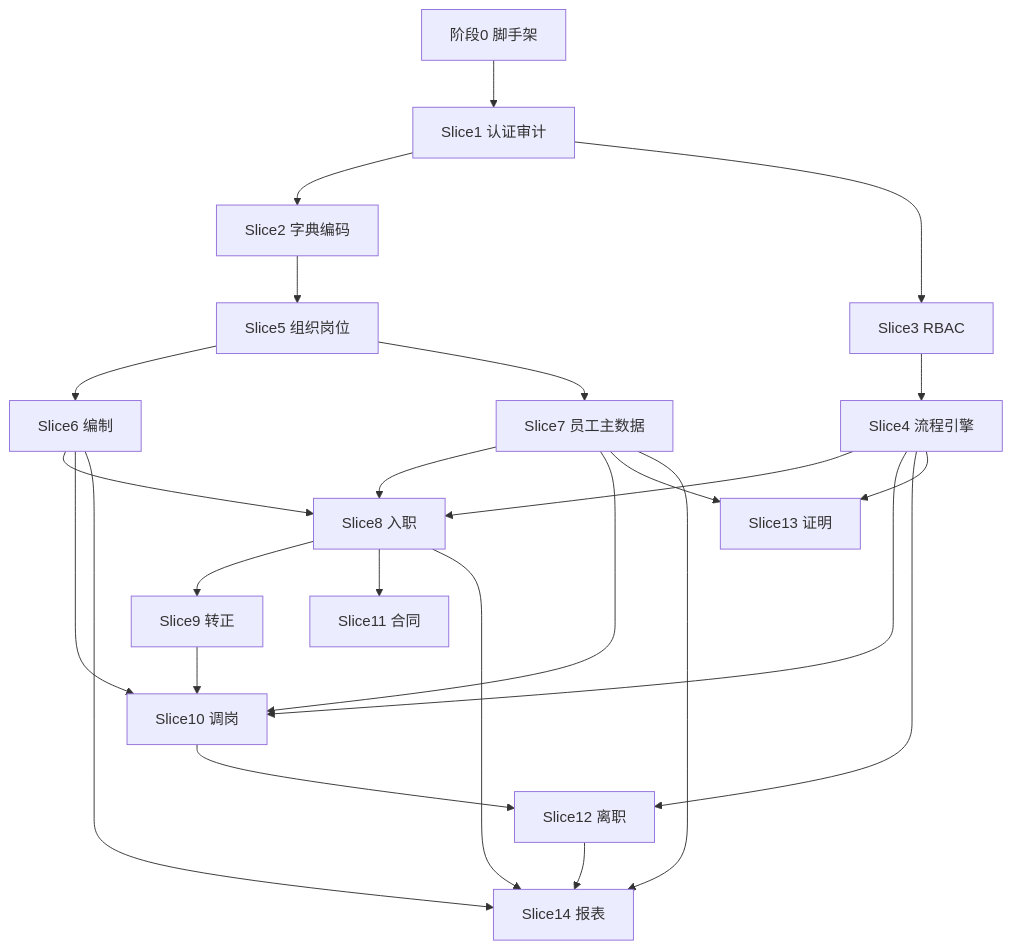
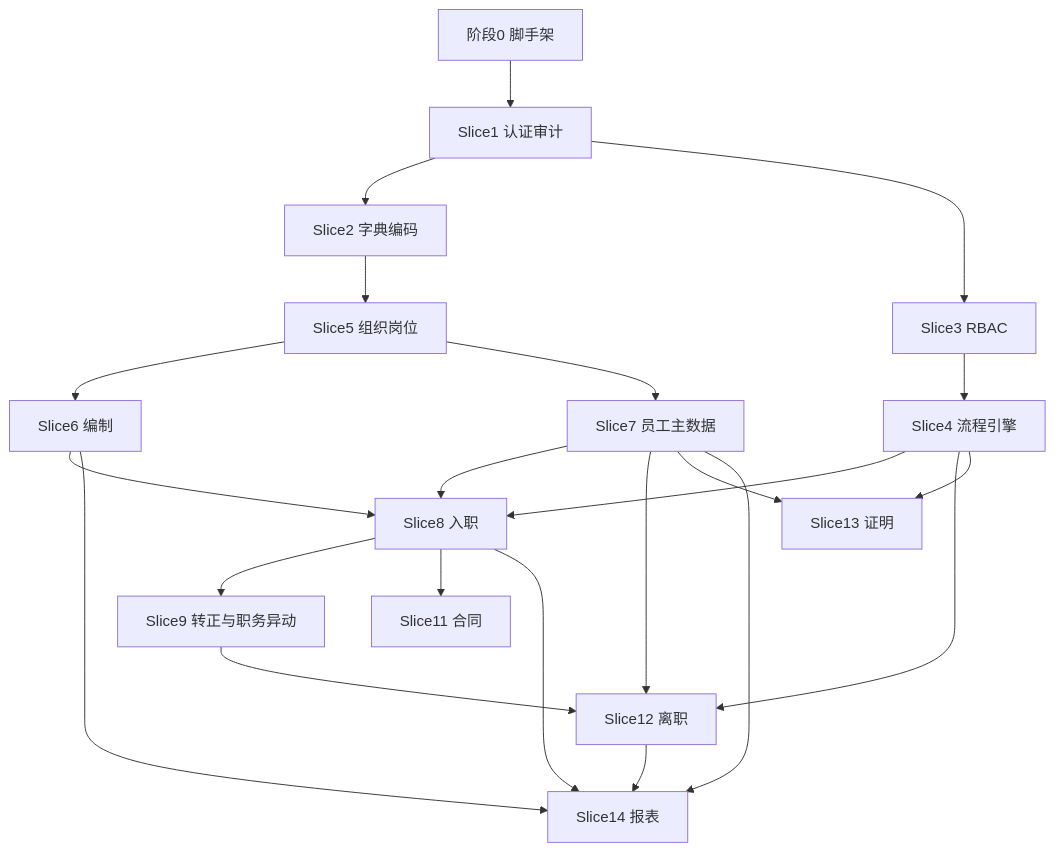
One commit to elevenlulei2026/HR-Platform changed the diagram in docs/MVP-AI开发路线图.md. Above: the diagram before and after it, drawn with Mermaid. The commit also changed other lines of this file and 61 other files, not shown here.

````diff
--- a/docs/MVP-AI开发路线图.md
+++ b/docs/MVP-AI开发路线图.md
@@ -233,34 +227,30 @@
 ```mermaid
 flowchart TD
   S0[阶段0 脚手架] --> S1[Slice1 认证审计]
   S1 --> S2[Slice2 字典编码]
   S1 --> S3[Slice3 RBAC]
   S3 --> S4[Slice4 流程引擎]
 
   S2 --> S5[Slice5 组织岗位]
   S5 --> S6[Slice6 编制]
   S5 --> S7[Slice7 员工主数据]
 
   S4 --> S8[Slice8 入职]
   S6 --> S8
   S7 --> S8
 
-  S8 --> S9[Slice9 转正]
+  S8 --> S9[Slice9 转正与职务异动]
   S8 --> S11[Slice11 合同]
 
-  S4 --> S10[Slice10 调岗]
-  S6 --> S10
-  S7 --> S10
-  S9 --> S10
-
   S4 --> S12[Slice12 离职]
-  S10 --> S12
+  S7 --> S12
+  S9 --> S12
 
   S4 --> S13[Slice13 证明]
   S7 --> S13
 
   S7 --> S14[Slice14 报表]
   S6 --> S14
   S8 --> S14
   S12 --> S14
 ```
````
